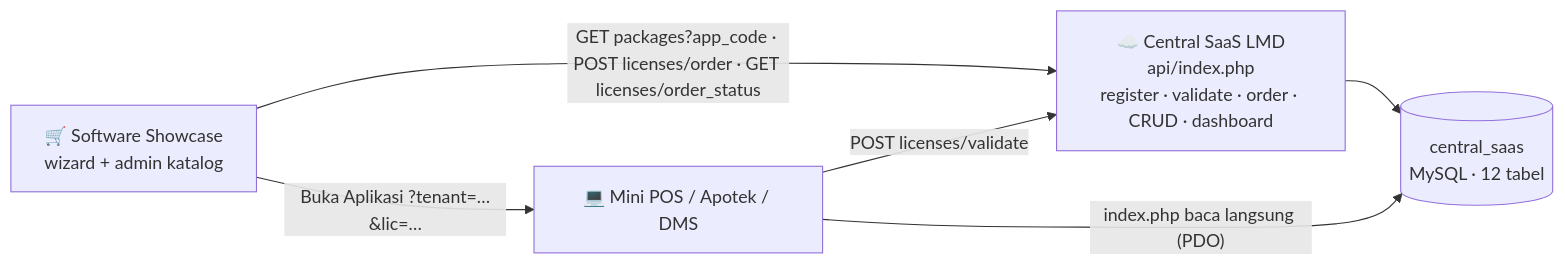
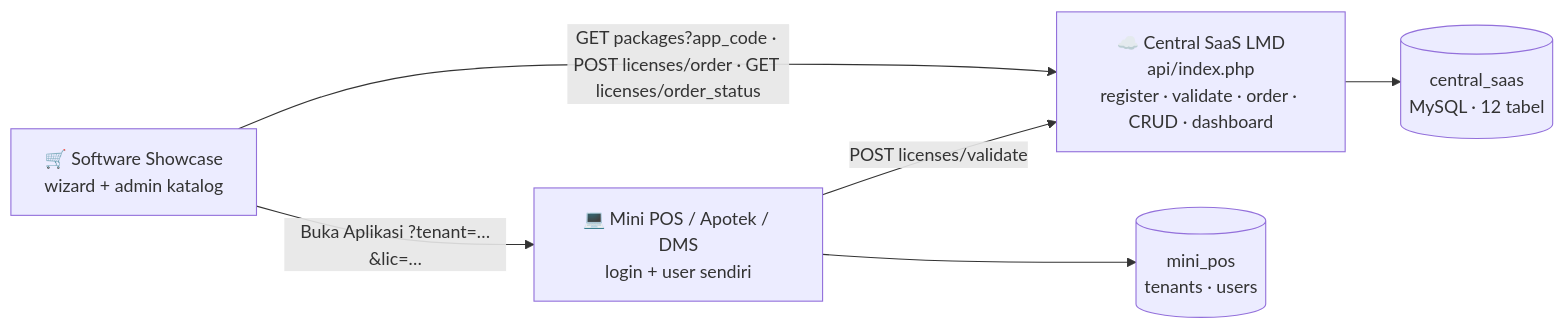
One commit to joan-hidayat/LMD changed the first of 3 diagrams in docs/EKOSISTEM_CARA_KERJA.md. Above: the diagram before and after it, drawn with Mermaid. The commit also changed other lines of this file and 3 other files, not shown here.

First line of the commit message:
feat(validate): kirim licensee & instance_name; docs login Mini POS

````diff
--- a/docs/EKOSISTEM_CARA_KERJA.md
+++ b/docs/EKOSISTEM_CARA_KERJA.md
@@ -19,13 +19,14 @@
 ```mermaid
 flowchart LR
     SC["🛒 Software Showcase<br>wizard + admin katalog"]
     LMD["☁️ Central SaaS LMD<br>api/index.php<br>register · validate · order · CRUD · dashboard"]
-    APP["💻 Mini POS / Apotek / DMS"]
+    APP["💻 Mini POS / Apotek / DMS<br>login + user sendiri"]
     DB[("central_saas<br>MySQL · 12 tabel")]
+    ADB[("mini_pos<br>tenants · users")]
 
     SC -- "GET packages?app_code · POST licenses/order · GET licenses/order_status" --> LMD
     SC -- "Buka Aplikasi ?tenant=…&lic=…" --> APP
     APP -- "POST licenses/validate" --> LMD
     LMD --> DB
-    APP -- "index.php baca langsung (PDO)" --> DB
+    APP --> ADB
 ```
````
